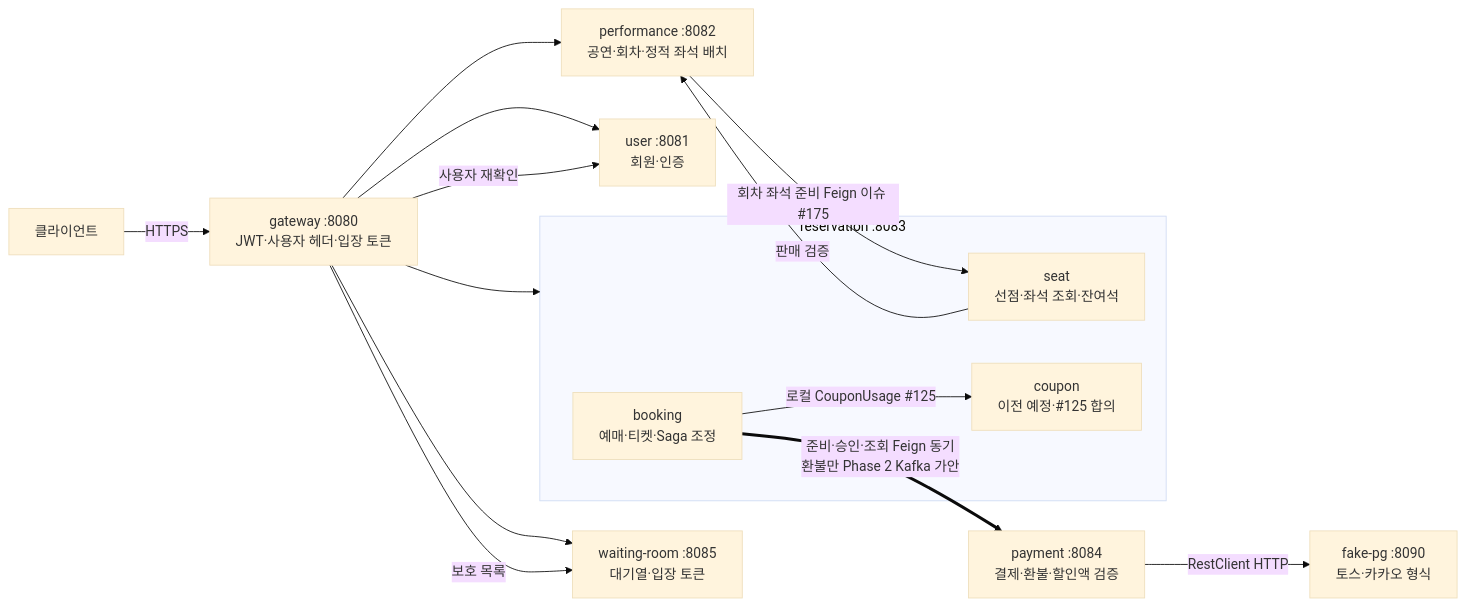
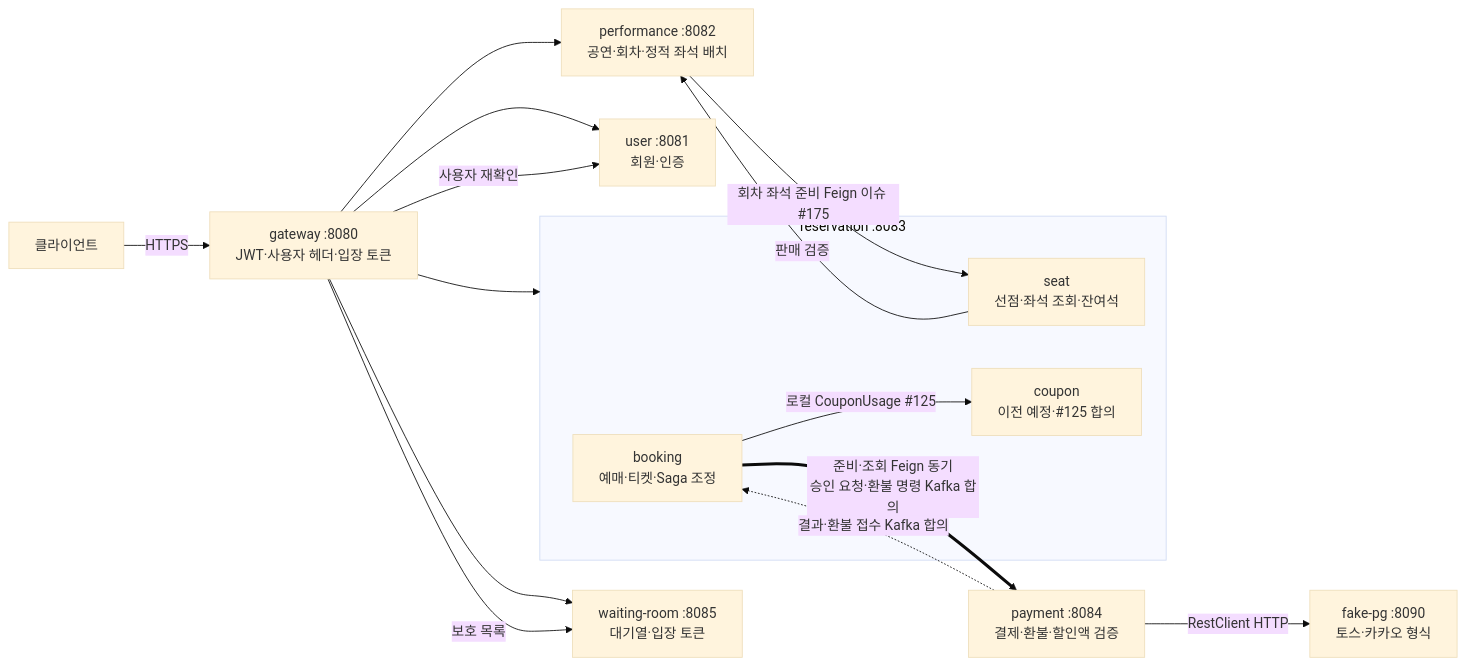
The first of 3 diagrams in docs/architecture.md (Good-Ticket-Service/ticket), drawn with Mermaid (base theme) before and after one commit. The commit also changed other lines of this file and 1 other file, not shown here.

````diff
--- a/docs/architecture.md
+++ b/docs/architecture.md
@@ -10,20 +10,21 @@
 ```mermaid
 flowchart LR
     C[클라이언트] -->|HTTPS| GW["gateway :8080<br/>JWT·사용자 헤더·입장 토큰"]
     GW --> U["user :8081<br/>회원·인증"]
     GW --> P["performance :8082<br/>공연·회차·정적 좌석 배치"]
     GW --> R
     GW --> WR["waiting-room :8085<br/>대기열·입장 토큰"]
     GW -->|사용자 재확인| U
     GW -->|보호 목록| WR
     subgraph R["reservation :8083"]
         RS["seat<br/>선점·좌석 조회·잔여석"]
         RB["booking<br/>예매·티켓·Saga 조정"]
         RC["coupon<br/>이전 예정·#125 합의"]
     end
-    RB ==>|"준비·승인·조회 Feign 동기<br/>환불만 Phase 2 Kafka 가안"| PP["payment :8084<br/>결제·환불·할인액 검증"]
+    RB ==>|"준비·조회 Feign 동기<br/>승인 요청·환불 명령 Kafka 합의"| PP["payment :8084<br/>결제·환불·할인액 검증"]
+    PP -.->|"결과·환불 접수 Kafka 합의"| RB
     RB -->|로컬 CouponUsage #125| RC
     P -->|"회차 좌석 준비 Feign 이슈 #175"| RS
     RS -->|판매 검증| P
     PP -->|RestClient HTTP| FPG["fake-pg :8090<br/>토스·카카오 형식"]
 ```
````
